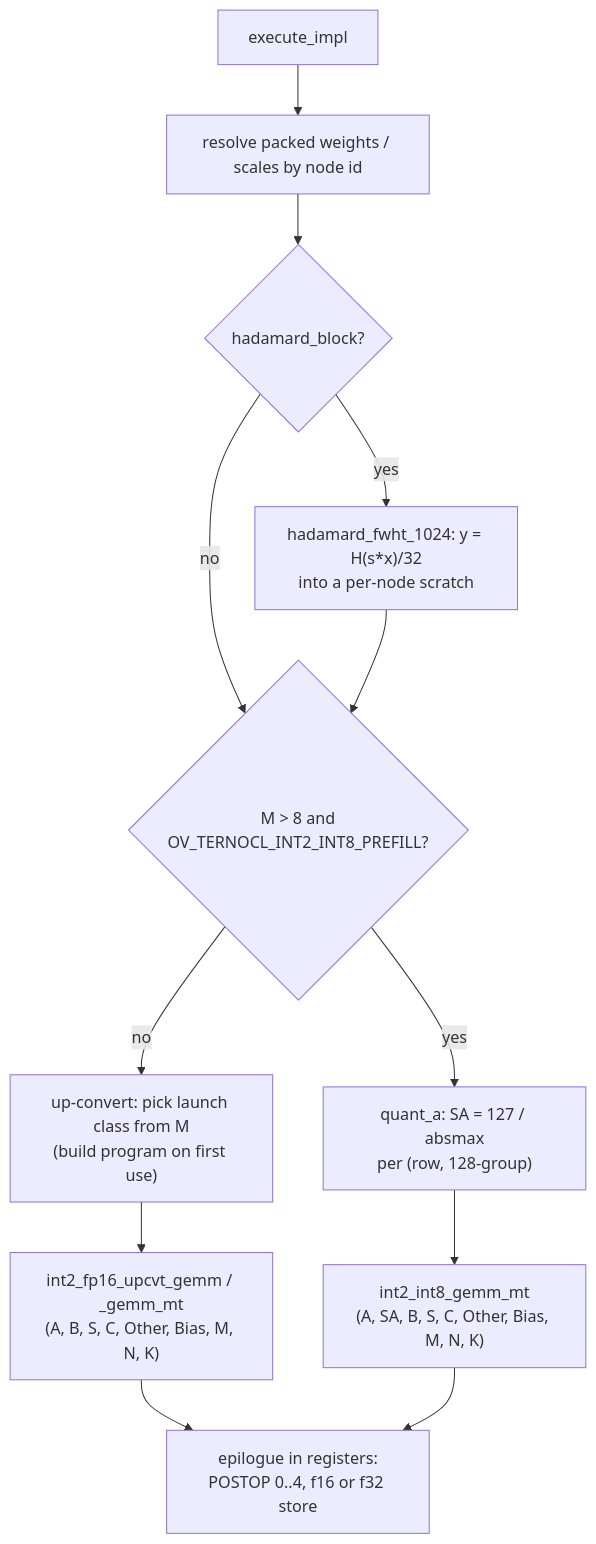
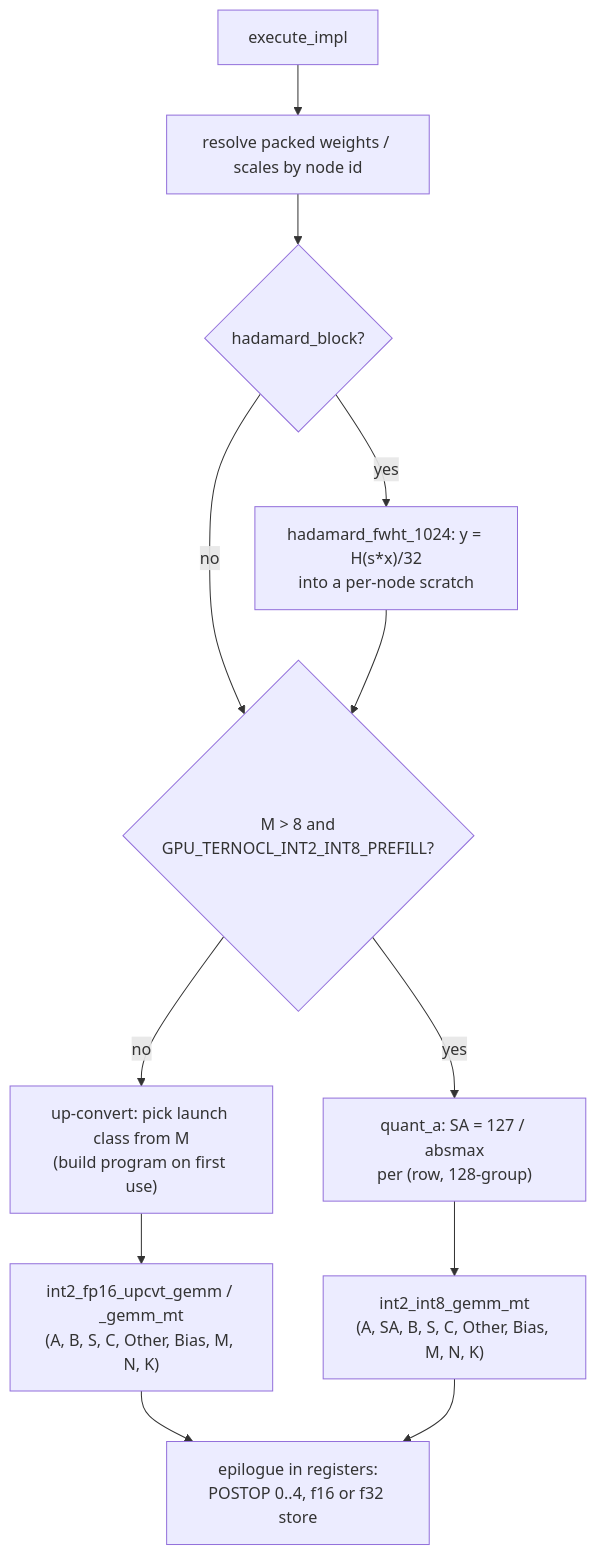
One commit to openvinotoolkit/openvino changed the diagram in src/plugins/intel_gpu/docs/ternocl_int2_architecture.md. Above: the diagram before and after it, drawn with Mermaid. The commit also changed other lines of this file and 14 other files, not shown here.

````diff
--- a/src/plugins/intel_gpu/docs/ternocl_int2_architecture.md
+++ b/src/plugins/intel_gpu/docs/ternocl_int2_architecture.md
@@ -118,14 +119,14 @@
 ```mermaid
 flowchart TD
     A["execute_impl"] --> B["resolve packed weights / scales by node id"]
     B --> C{"hadamard_block?"}
     C -->|yes| D["hadamard_fwht_1024: y = H(s*x)/32<br/>into a per-node scratch"]
     C -->|no| E
-    D --> E{"M > 8 and<br/>OV_TERNOCL_INT2_INT8_PREFILL?"}
+    D --> E{"M > 8 and<br/>GPU_TERNOCL_INT2_INT8_PREFILL?"}
     E -->|no| F["up-convert: pick launch class from M<br/>(build program on first use)"]
     F --> G["int2_fp16_upcvt_gemm / _gemm_mt<br/>(A, B, S, C, Other, Bias, M, N, K)"]
     E -->|yes| H["quant_a: SA = 127 / absmax<br/>per (row, 128-group)"]
     H --> I["int2_int8_gemm_mt<br/>(A, SA, B, S, C, Other, Bias, M, N, K)"]
     G --> J["epilogue in registers:<br/>POSTOP 0..4, f16 or f32 store"]
     I --> J
 ```
````
